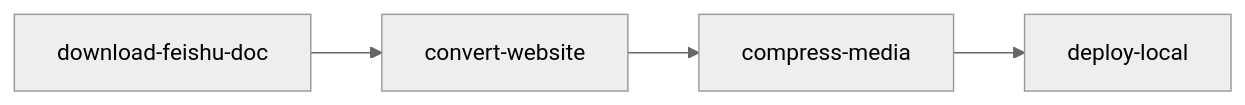
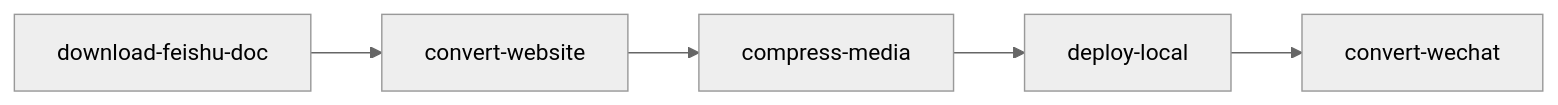
One commit to dinghongfei/xiaoqi changed the diagram in skills/convert-website/SKILL.md. Above: the diagram before and after it, drawn with Mermaid (neutral theme). The commit also changed other lines of this file and 21 other files, not shown here.

````diff
--- a/skills/convert-website/SKILL.md
+++ b/skills/convert-website/SKILL.md
@@ -28,6 +28,7 @@
 ```mermaid
 flowchart LR
   dl[download-feishu-doc] --> cw[convert-website]
   cw --> cm[compress-media]
   cm --> loc[deploy-local]
+  loc --> wx[convert-wechat]
 ```
````
